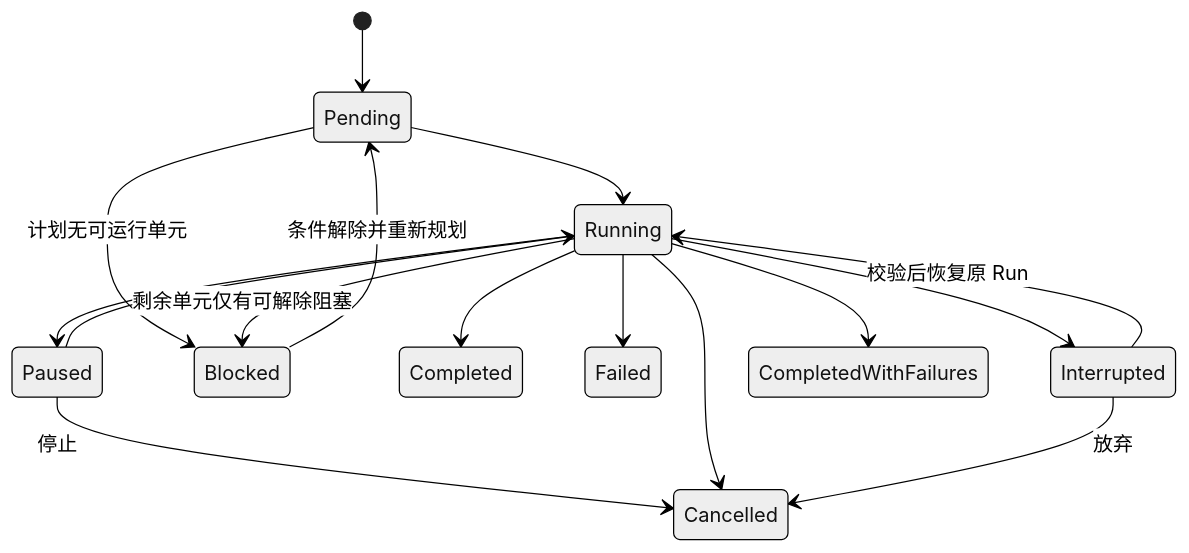
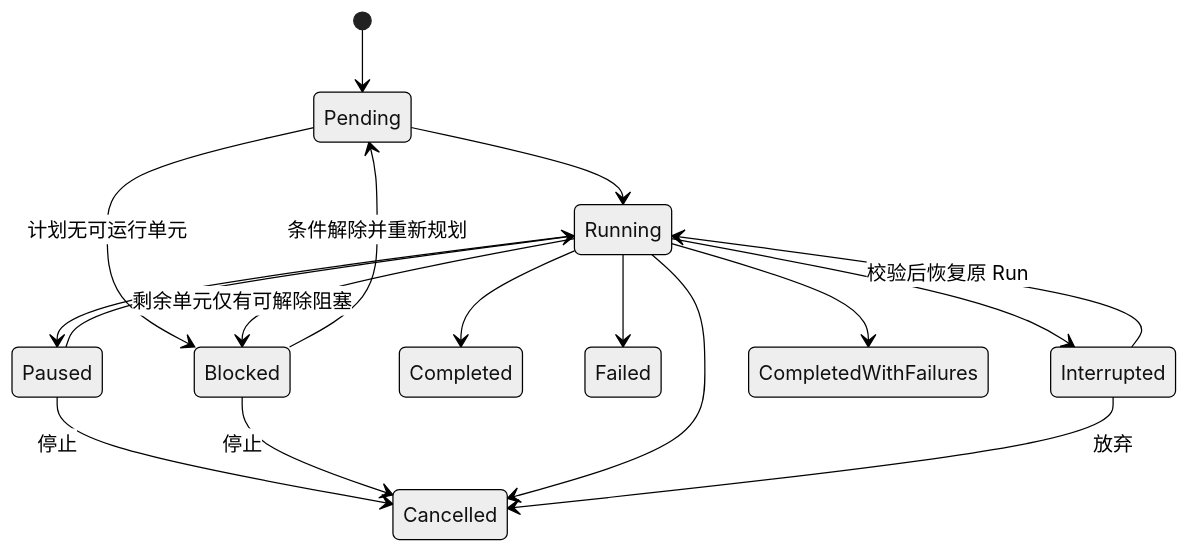
Before and after one commit to peakwheat-pixel/New-Manga: diagram 18 of 27 in doc/04_USER_FLOW.md, drawn with Mermaid (neutral theme). The commit also changed 7 other files, not shown here.

````diff
--- a/doc/04_USER_FLOW.md
+++ b/doc/04_USER_FLOW.md
@@ -1146,18 +1146,19 @@
 ```mermaid
 stateDiagram-v2
     [*] --> Pending
     Pending --> Running
     Running --> Paused
     Paused --> Running
     Paused --> Cancelled: 停止
     Pending --> Blocked: 计划无可运行单元
     Blocked --> Pending: 条件解除并重新规划
+    Blocked --> Cancelled: 停止
     Running --> Completed
     Running --> Failed
     Running --> Blocked: 剩余单元仅有可解除阻塞
     Running --> Cancelled
     Running --> Interrupted
     Running --> CompletedWithFailures
     Interrupted --> Running: 校验后恢复原 Run
     Interrupted --> Cancelled: 放弃
 ```
````
